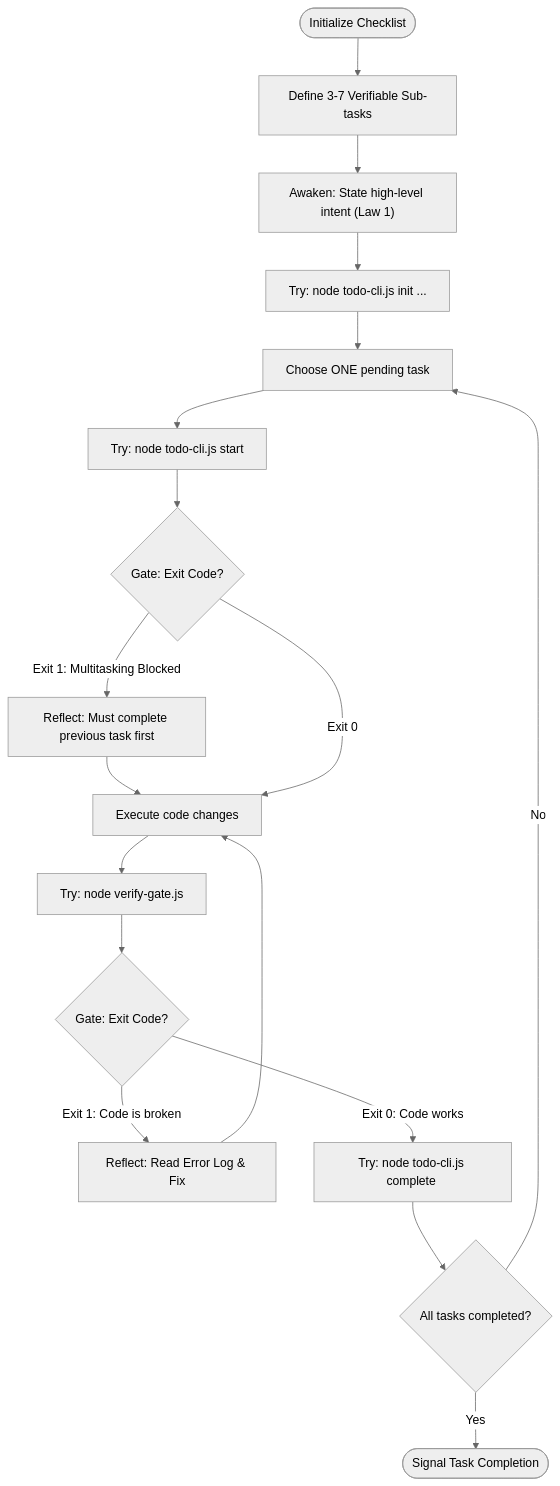
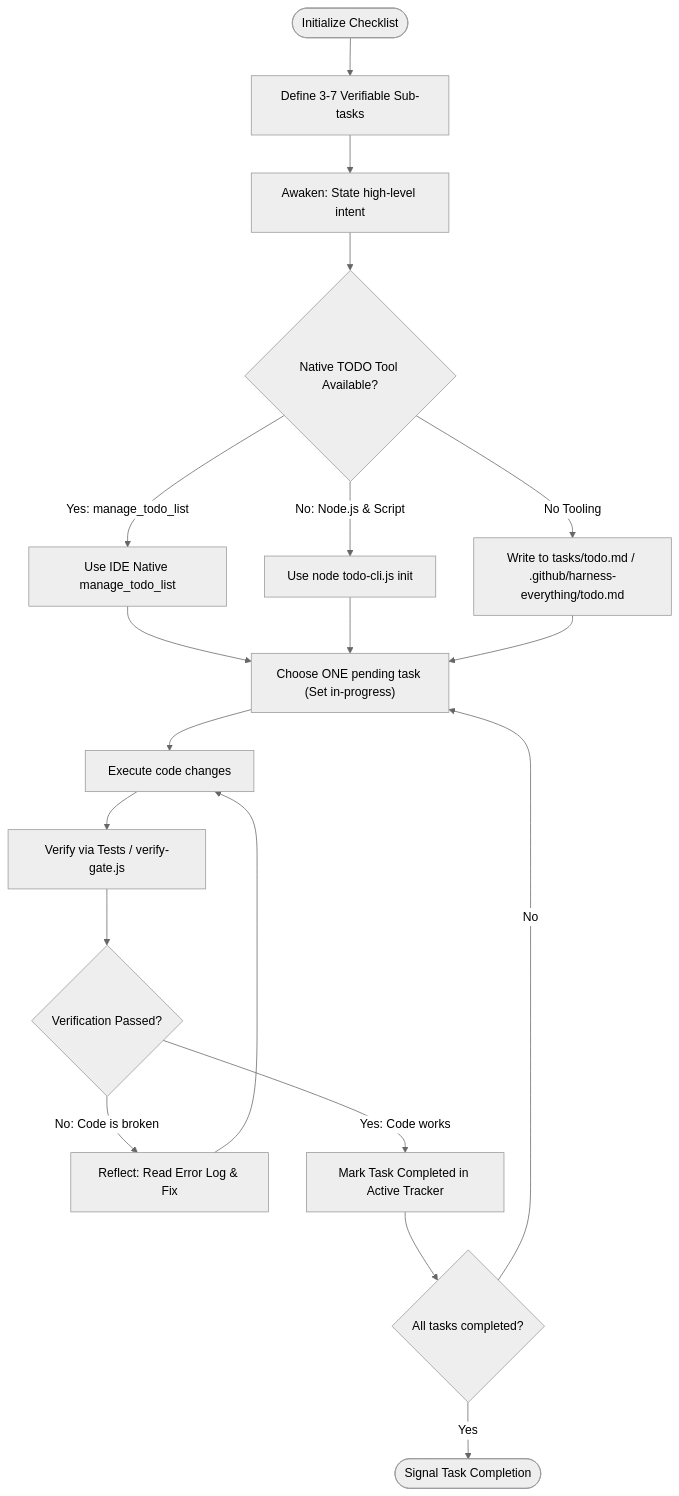
The diagram in docs/workflows/todo-driven-workflow.md (dyphn1/Harness-everything), drawn with Mermaid (neutral theme) before and after one commit. The commit also changed other lines of this file and 54 other files, not shown here.

````diff
--- a/docs/workflows/todo-driven-workflow.md
+++ b/docs/workflows/todo-driven-workflow.md
@@ -11,27 +11,28 @@
 ```mermaid
 graph TD
   Start([Initialize Checklist]) --> Plan["Define 3-7 Verifiable Sub-tasks"]
-  Plan --> StateIntent["Awaken: State high-level intent (Law 1)"]
-  StateIntent --> SaveTodo["Try: node todo-cli.js init ..."]
+  Plan --> StateIntent["Awaken: State high-level intent"]
+  StateIntent --> CheckTool{Native TODO Tool Available?}
   
-  SaveTodo --> ChooseTask["Choose ONE pending task"]
-  ChooseTask --> MarkInProgress["Try: node todo-cli.js start <id>"]
+  CheckTool -->|Yes: manage_todo_list| NativeTracker["Use IDE Native manage_todo_list"]
+  CheckTool -->|No: Node.js & Script| ScriptTracker["Use node todo-cli.js init"]
+  CheckTool -->|No Tooling| FileTracker["Write to tasks/todo.md / .github/harness-everything/todo.md"]
   
-  MarkInProgress --> CheckStart{Gate: Exit Code?}
-  CheckStart -->|Exit 1: Multitasking Blocked| ReflectStart["Reflect: Must complete previous task first"]
-  ReflectStart --> Execute
+  NativeTracker --> ChooseTask["Choose ONE pending task (Set in-progress)"]
+  ScriptTracker --> ChooseTask
+  FileTracker --> ChooseTask
   
-  CheckStart -->|Exit 0| Execute["Execute code changes"]
+  ChooseTask --> Execute["Execute code changes"]
   
-  Execute --> GatherEvidence["Try: node verify-gate.js"]
-  GatherEvidence --> VerifySuccess{Gate: Exit Code?}
+  Execute --> GatherEvidence["Verify via Tests / verify-gate.js"]
+  GatherEvidence --> VerifySuccess{Verification Passed?}
   
-  VerifySuccess -->|Exit 1: Code is broken| ReflectCode["Reflect: Read Error Log & Fix"]
+  VerifySuccess -->|No: Code is broken| ReflectCode["Reflect: Read Error Log & Fix"]
   ReflectCode --> Execute
   
-  VerifySuccess -->|Exit 0: Code works| MarkCompleted["Try: node todo-cli.js complete <id>"]
+  VerifySuccess -->|Yes: Code works| MarkCompleted["Mark Task Completed in Active Tracker"]
   
   MarkCompleted --> CheckRemaining{All tasks completed?}
   CheckRemaining -->|No| ChooseTask
   CheckRemaining -->|Yes| Finish([Signal Task Completion])
 ```
````
